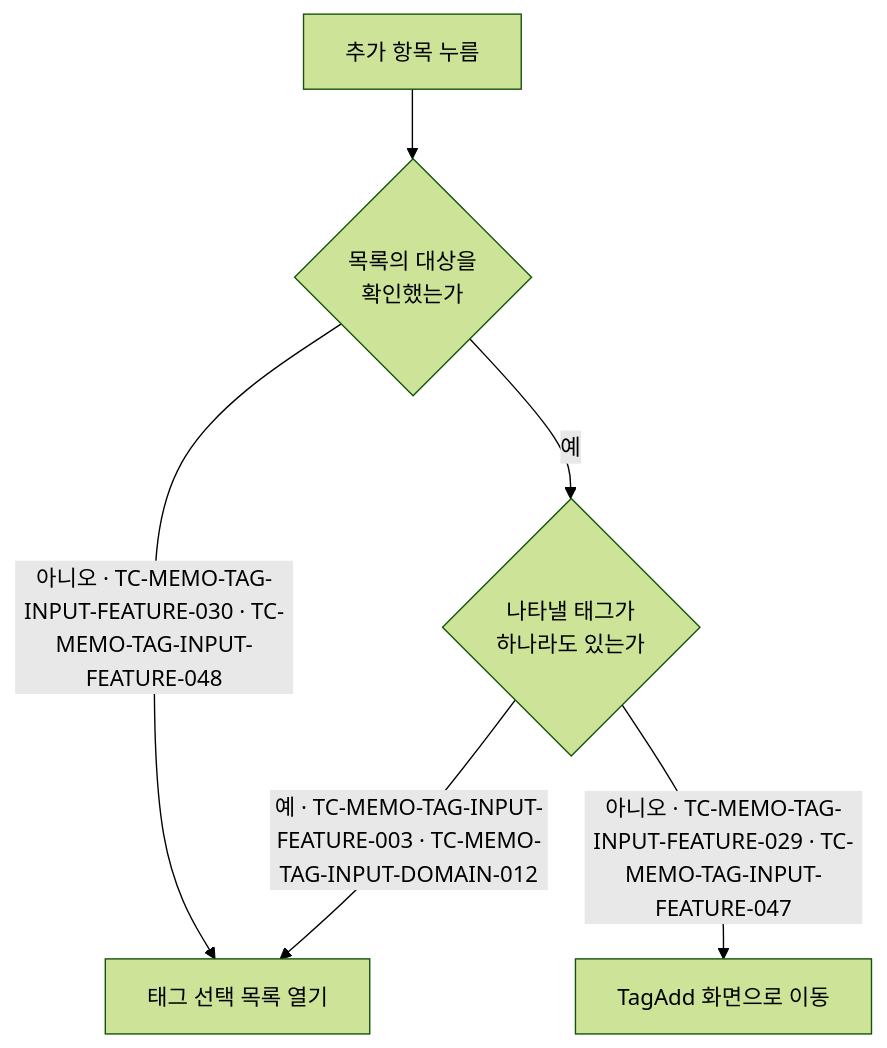
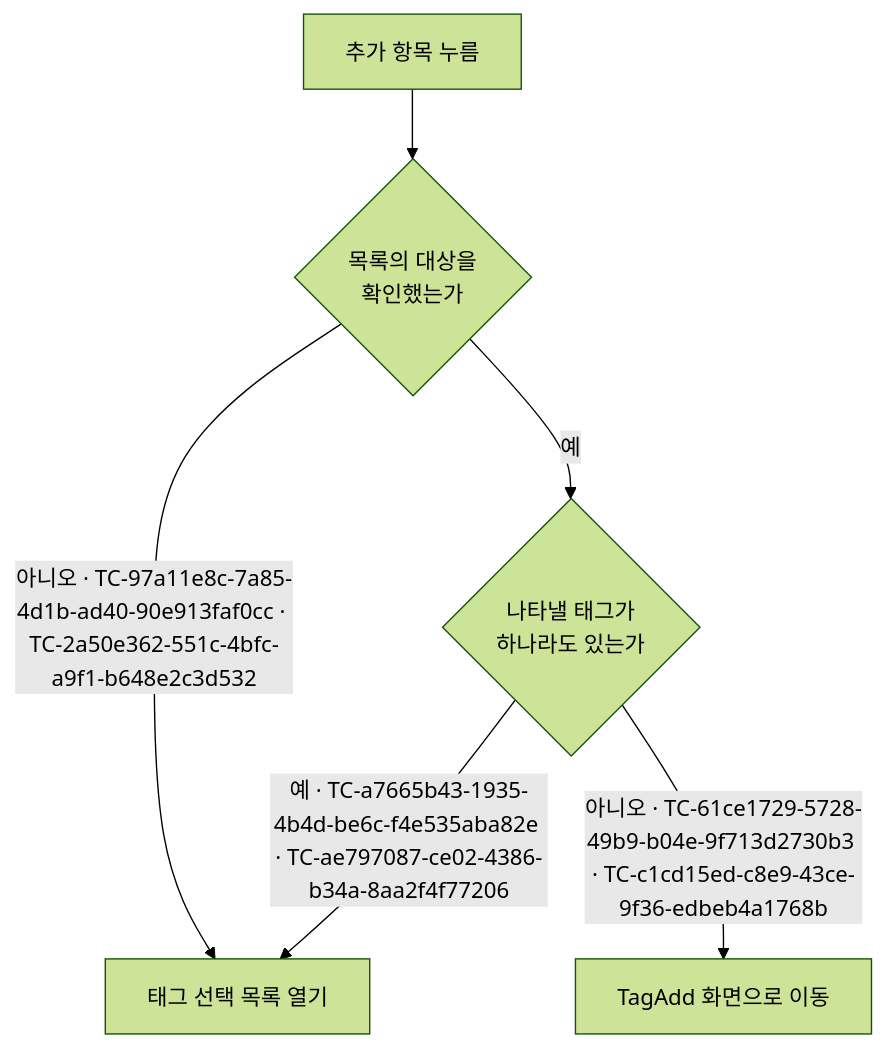
Before and after one commit to taetae98coding/DiaryKMP: the diagram in docs/testcase/memo-tag-input.md, drawn with Mermaid (forest theme). The commit also changed other lines of this file and 1177 other files, not shown here.

````diff
--- a/docs/testcase/memo-tag-input.md
+++ b/docs/testcase/memo-tag-input.md
@@ -37,8 +37,8 @@
 ```mermaid
 flowchart TD
     Click["추가 항목 누름"] --> Ready{"목록의 대상을<br/>확인했는가"}
-    Ready -- "아니오 · TC-MEMO-TAG-INPUT-FEATURE-030 · TC-MEMO-TAG-INPUT-FEATURE-048" --> Open["태그 선택 목록 열기"]
+    Ready -- "아니오 · TC-97a11e8c-7a85-4d1b-ad40-90e913faf0cc · TC-2a50e362-551c-4bfc-a9f1-b648e2c3d532" --> Open["태그 선택 목록 열기"]
     Ready -- 예 --> Any{"나타낼 태그가<br/>하나라도 있는가"}
-    Any -- "예 · TC-MEMO-TAG-INPUT-FEATURE-003 · TC-MEMO-TAG-INPUT-DOMAIN-012" --> Open
-    Any -- "아니오 · TC-MEMO-TAG-INPUT-FEATURE-029 · TC-MEMO-TAG-INPUT-FEATURE-047" --> Move["TagAdd 화면으로 이동"]
+    Any -- "예 · TC-a7665b43-1935-4b4d-be6c-f4e535aba82e · TC-ae797087-ce02-4386-b34a-8aa2f4f77206" --> Open
+    Any -- "아니오 · TC-61ce1729-5728-49b9-b04e-9f713d2730b3 · TC-c1cd15ed-c8e9-43ce-9f36-edbeb4a1768b" --> Move["TagAdd 화면으로 이동"]
 ```
````
